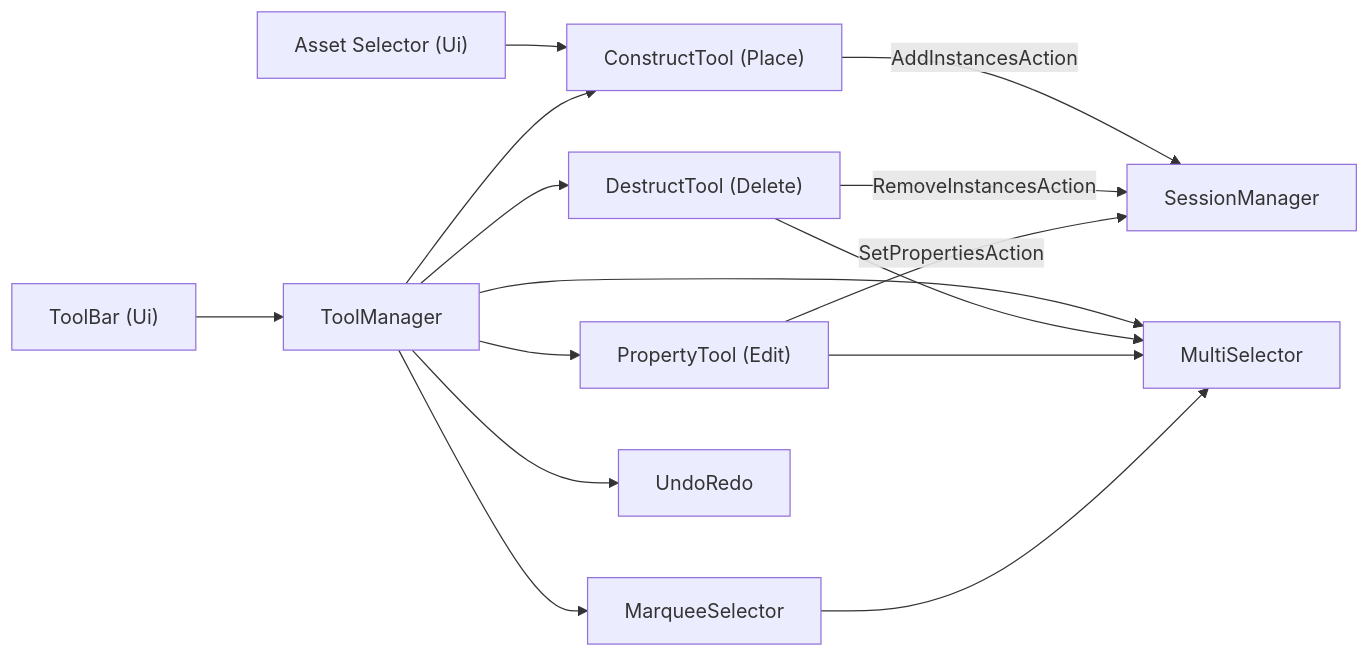
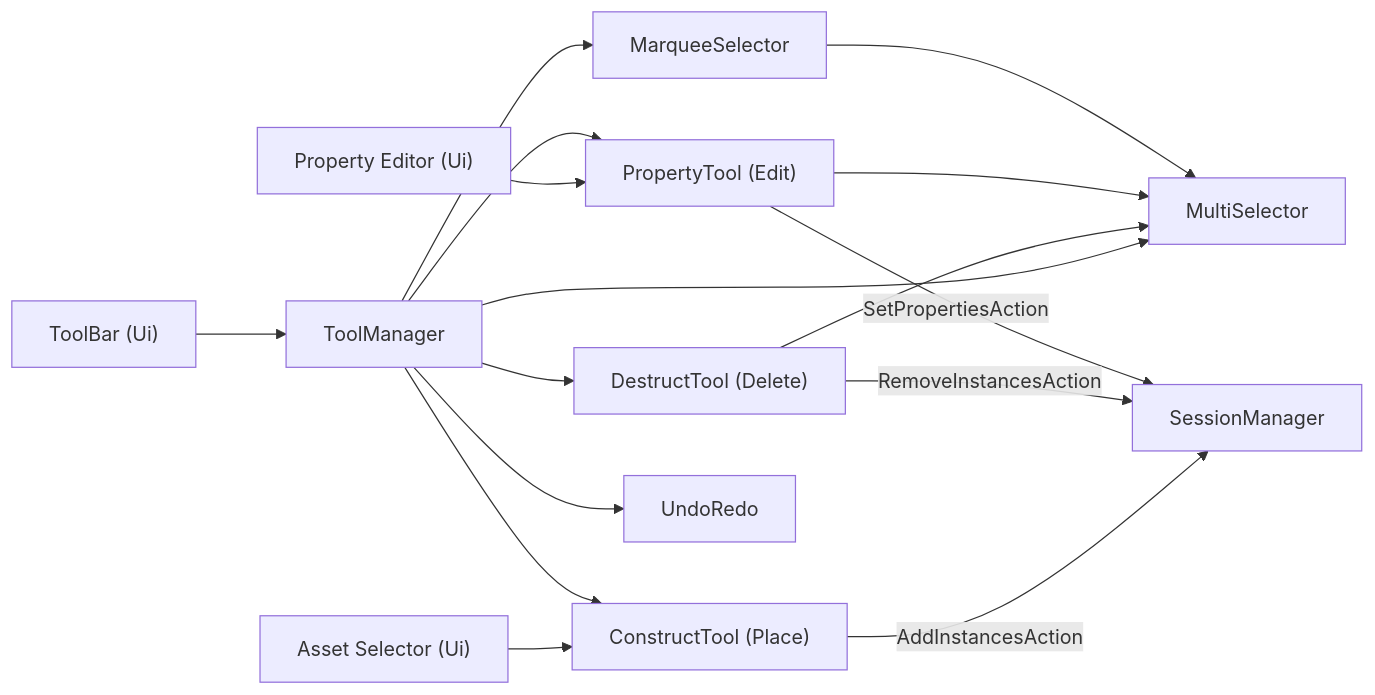
Before and after one commit to SubParSuperCar/Ensemble: the eighth of 8 diagrams in .github/TECHNICAL.md, drawn with Mermaid. The commit also changed other lines of this file and 8 other files, not shown here.

First line of the commit message:
Add the Property Editor widget

````diff
--- a/.github/TECHNICAL.md
+++ b/.github/TECHNICAL.md
@@ -426,17 +426,18 @@
 ```mermaid
 graph LR
     ToolBar["ToolBar (Ui)"] --> ToolManager
     AssetSelector["Asset Selector (Ui)"] --> Construct
+    PropertyEditor["Property Editor (Ui)"] --> Property
     ToolManager --> Construct["ConstructTool (Place)"]
     ToolManager --> Destruct["DestructTool (Delete)"]
     ToolManager --> Property["PropertyTool (Edit)"]
     ToolManager --> Selector["MultiSelector"]
     ToolManager --> Marquee["MarqueeSelector"]
     ToolManager --> History["UndoRedo"]
     Destruct --> Selector
     Property --> Selector
     Marquee --> Selector
     Construct -->|"AddInstancesAction"| Net["SessionManager"]
     Destruct -->|"RemoveInstancesAction"| Net
     Property -->|"SetPropertiesAction"| Net
 ```
````
